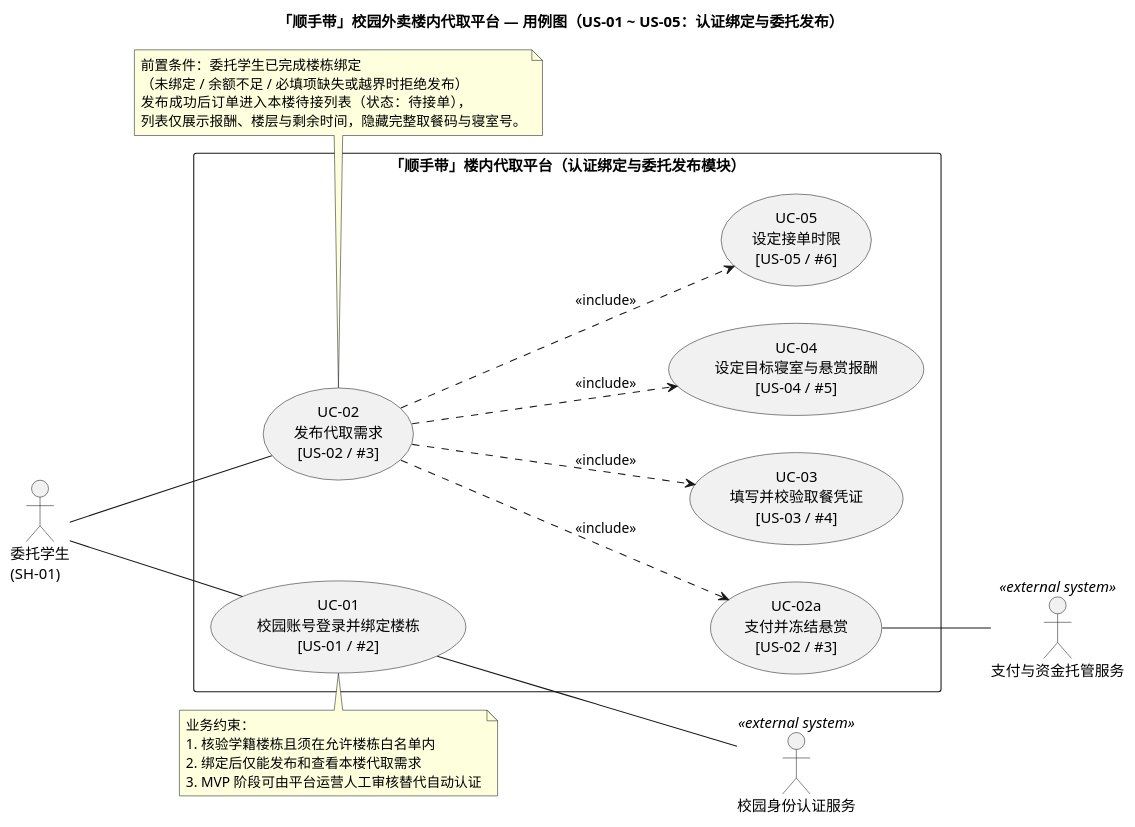
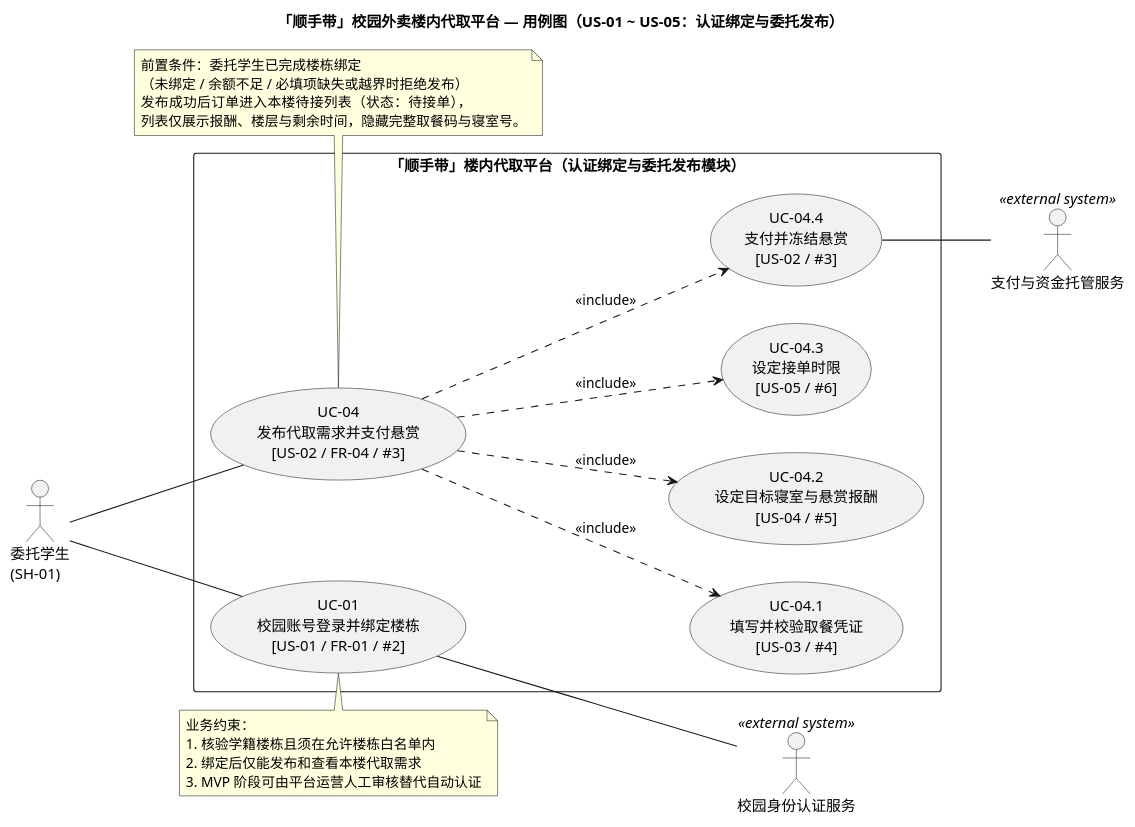
Before and after one commit to GreyBlue0122/Software: the diagram in models/use-case-us01-05.puml, drawn with PlantUML.

Commit message:
fix(models): 对齐 US-01~05 用例图编号与 SRS v0.5（UC-01 / UC-04 / UC-04.1~04.4）
Refs #2, #3, #4, #5, #6

```diff
--- a/models/use-case-us01-05.puml
+++ b/models/use-case-us01-05.puml
@@ -1,67 +1,67 @@
 @startuml use-case-us01-05
 left to right direction
 skinparam packageStyle rectangle
 skinparam shadowing false
 
 title 「顺手带」校园外卖楼内代取平台 — 用例图（US-01 ~ US-05：认证绑定与委托发布）
 
 ' =========================================================
 ' 参与者定义（区分主参与者 / 次参与者）
 ' =========================================================
 ' 主参与者（左侧）：主动发起业务目标的系统用户
 actor "委托学生\n(SH-01)" as Requester
 
 ' 次参与者（右侧）：被系统调用以协助完成用例的外部集成系统
 actor "校园身份认证服务" as CampusAuth <<external system>>
 actor "支付与资金托管服务" as PaymentService <<external system>>
 
 ' =========================================================
 ' 系统边界（仅覆盖委托方认证与发单模块，后续可合入全系统用例图）
 ' =========================================================
 rectangle "「顺手带」楼内代取平台（认证绑定与委托发布模块）" {
-  usecase "UC-01\n校园账号登录并绑定楼栋\n[US-01 / #2]" as UC01
-  usecase "UC-02\n发布代取需求\n[US-02 / #3]" as UC02
-  usecase "UC-02a\n支付并冻结悬赏\n[US-02 / #3]" as UC02a
-  usecase "UC-03\n填写并校验取餐凭证\n[US-03 / #4]" as UC03
-  usecase "UC-04\n设定目标寝室与悬赏报酬\n[US-04 / #5]" as UC04
-  usecase "UC-05\n设定接单时限\n[US-05 / #6]" as UC05
+  usecase "UC-01\n校园账号登录并绑定楼栋\n[US-01 / FR-01 / #2]" as UC01
+  usecase "UC-04\n发布代取需求并支付悬赏\n[US-02 / FR-04 / #3]" as UC04
+  usecase "UC-04.1\n填写并校验取餐凭证\n[US-03 / #4]" as UC04_1
+  usecase "UC-04.2\n设定目标寝室与悬赏报酬\n[US-04 / #5]" as UC04_2
+  usecase "UC-04.3\n设定接单时限\n[US-05 / #6]" as UC04_3
+  usecase "UC-04.4\n支付并冻结悬赏\n[US-02 / #3]" as UC04_4
 }
 
 ' =========================================================
 ' 主参与者与用例关联（无向实线）
 ' =========================================================
 Requester -- UC01
-Requester -- UC02
+Requester -- UC04
 
 ' =========================================================
 ' 用例间关系（<<include>> 虚线箭头：从基用例指向被包含用例）
 ' =========================================================
-UC02 ..> UC03 : <<include>>
-UC02 ..> UC04 : <<include>>
-UC02 ..> UC05 : <<include>>
-UC02 ..> UC02a : <<include>>
+UC04 ..> UC04_1 : <<include>>
+UC04 ..> UC04_2 : <<include>>
+UC04 ..> UC04_3 : <<include>>
+UC04 ..> UC04_4 : <<include>>
 
 ' =========================================================
 ' 次参与者与用例关联（右侧外部系统）
 ' =========================================================
 UC01 -- CampusAuth
-UC02a -- PaymentService
+UC04_4 -- PaymentService
 
 ' =========================================================
 ' 关键前置条件与业务约束注释
 ' =========================================================
 note top of UC01
   业务约束：
   1. 核验学籍楼栋且须在允许楼栋白名单内
   2. 绑定后仅能发布和查看本楼代取需求
   3. MVP 阶段可由平台运营人工审核替代自动认证
 end note
 
-note bottom of UC02
+note bottom of UC04
   前置条件：委托学生已完成楼栋绑定
   （未绑定 / 余额不足 / 必填项缺失或越界时拒绝发布）
   发布成功后订单进入本楼待接列表（状态：待接单），
   列表仅展示报酬、楼层与剩余时间，隐藏完整取餐码与寝室号。
 end note
 
 @enduml
```
